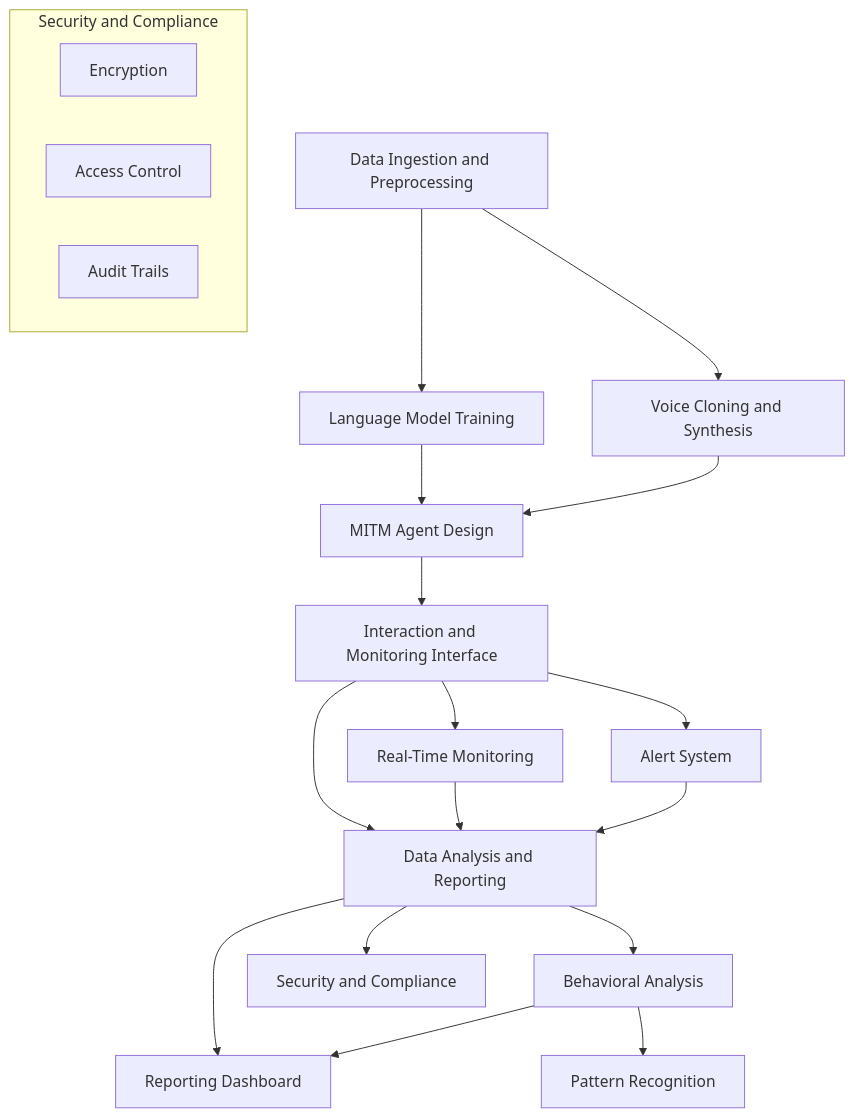
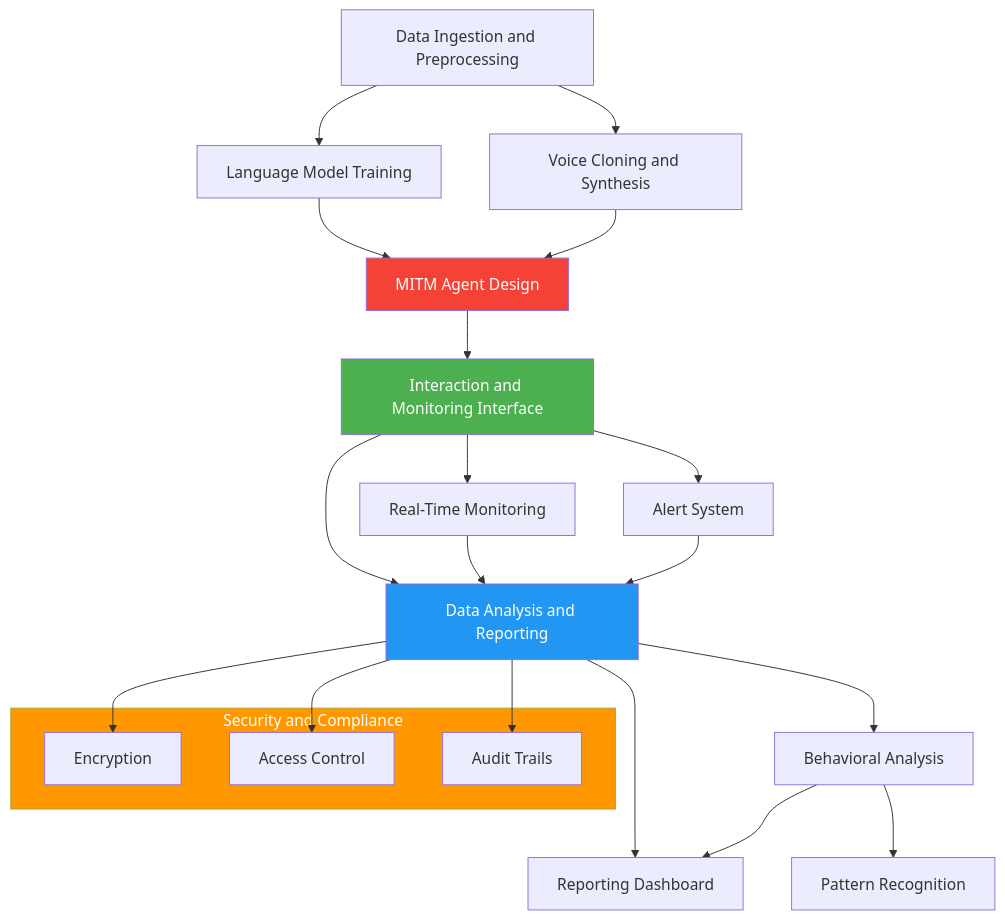
One commit to danindiana/PathfinderLM changed the diagram in ellipsis/ellipsis.md. Above: the diagram before and after it, drawn with Mermaid. The commit also changed 13 other files, not shown here.

First line of the commit message:
Fix mermaid diagrams and add comprehensive CI/CD pipeline

````diff
--- a/ellipsis/ellipsis.md
+++ b/ellipsis/ellipsis.md
@@ -1,23 +1,32 @@
 ```mermaid
 graph TD
     A[Data Ingestion and Preprocessing] --> B[Language Model Training]
     A --> C[Voice Cloning and Synthesis]
     B --> D[MITM Agent Design]
     C --> D
     D --> E[Interaction and Monitoring Interface]
     E --> F[Data Analysis and Reporting]
     E --> G[Real-Time Monitoring]
     E --> H[Alert System]
     F --> I[Reporting Dashboard]
     G --> F
     H --> F
     F --> J[Behavioral Analysis]
     J --> K[Pattern Recognition]
     J --> I
-    subgraph Security and Compliance
+
+    subgraph SecurityCompliance["Security and Compliance"]
         L[Encryption]
         M[Access Control]
         N[Audit Trails]
     end
-    F --> Security[Security and Compliance]
+
+    F --> L
+    F --> M
+    F --> N
+
+    style SecurityCompliance fill:#FF9800,color:#fff
+    style D fill:#F44336,color:#fff
+    style E fill:#4CAF50,color:#fff
+    style F fill:#2196F3,color:#fff
 ```
````
